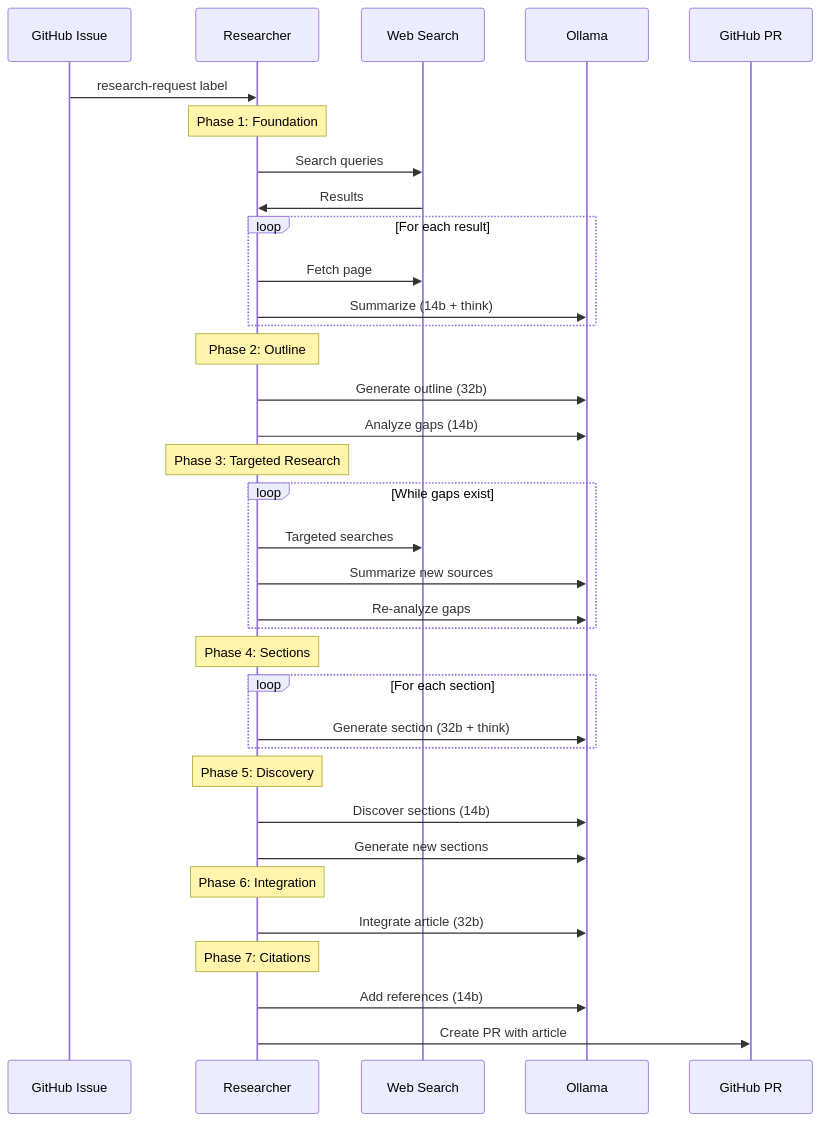
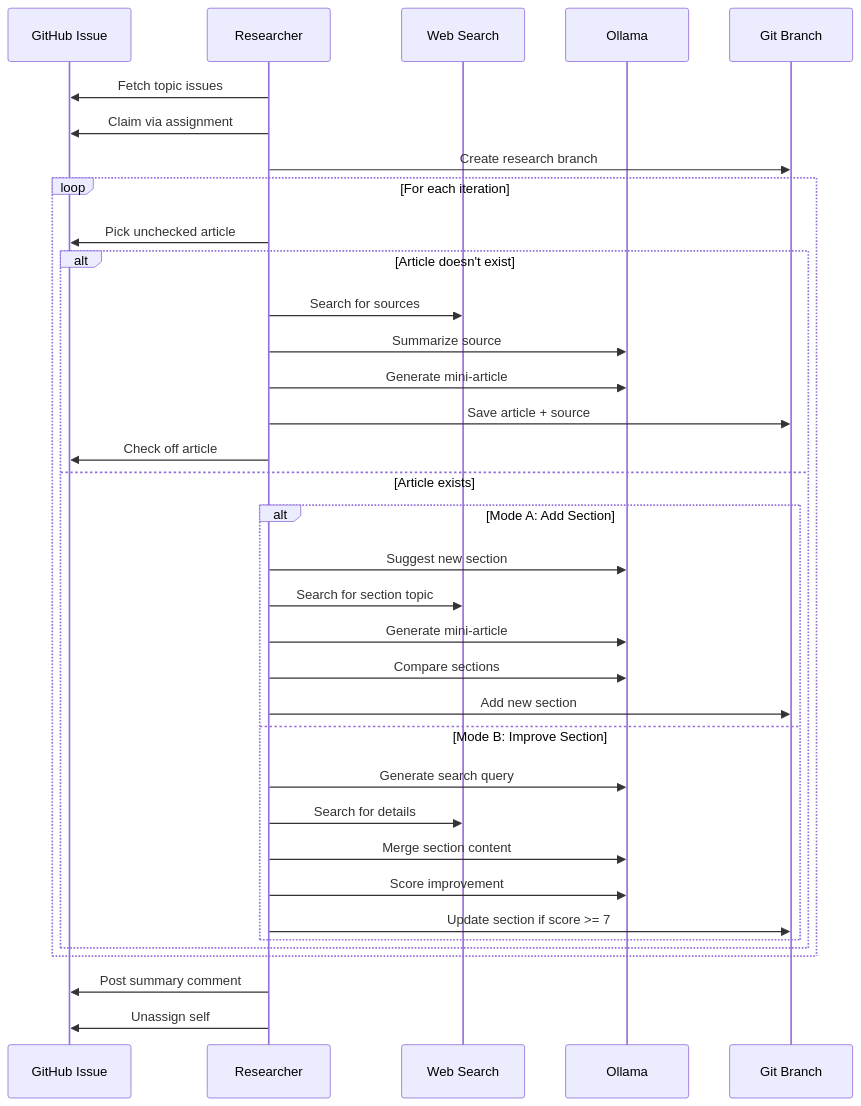
The second of 2 diagrams in README.md (gitopedia/researcher), drawn with Mermaid before and after one commit. The commit also changed other lines of this file and 7 other files, not shown here.

First line of the commit message:
docs: update researcher documentation for iterative improvement architecture

````diff
--- a/README.md
+++ b/README.md
@@ -196,46 +202,41 @@
 ```mermaid
 sequenceDiagram
     participant Issue as GitHub Issue
     participant Agent as Researcher
     participant Web as Web Search
     participant LLM as Ollama
-    participant PR as GitHub PR
+    participant Branch as Git Branch
 
-    Issue->>Agent: research-request label
-    
-    Note over Agent: Phase 1: Foundation
-    Agent->>Web: Search queries
-    Web->>Agent: Results
-    loop For each result
-        Agent->>Web: Fetch page
-        Agent->>LLM: Summarize (14b + think)
+    Agent->>Issue: Fetch topic issues
+    Agent->>Issue: Claim via assignment
+
+    Agent->>Branch: Create research branch
+
+    loop For each iteration
+        Agent->>Issue: Pick unchecked article
+        alt Article doesn't exist
+            Agent->>Web: Search for sources
+            Agent->>LLM: Summarize source
+            Agent->>LLM: Generate mini-article
+            Agent->>Branch: Save article + source
+            Agent->>Issue: Check off article
+        else Article exists
+            alt Mode A: Add Section
+                Agent->>LLM: Suggest new section
+                Agent->>Web: Search for section topic
+                Agent->>LLM: Generate mini-article
+                Agent->>LLM: Compare sections
+                Agent->>Branch: Add new section
+            else Mode B: Improve Section
+                Agent->>LLM: Generate search query
+                Agent->>Web: Search for details
+                Agent->>LLM: Merge section content
+                Agent->>LLM: Score improvement
+                Agent->>Branch: Update section if score >= 7
+            end
+        end
     end
-    
-    Note over Agent: Phase 2: Outline
-    Agent->>LLM: Generate outline (32b)
-    Agent->>LLM: Analyze gaps (14b)
-    
-    Note over Agent: Phase 3: Targeted Research
-    loop While gaps exist
-        Agent->>Web: Targeted searches
-        Agent->>LLM: Summarize new sources
-        Agent->>LLM: Re-analyze gaps
-    end
-    
-    Note over Agent: Phase 4: Sections
-    loop For each section
-        Agent->>LLM: Generate section (32b + think)
-    end
-    
-    Note over Agent: Phase 5: Discovery
-    Agent->>LLM: Discover sections (14b)
-    Agent->>LLM: Generate new sections
-    
-    Note over Agent: Phase 6: Integration
-    Agent->>LLM: Integrate article (32b)
-    
-    Note over Agent: Phase 7: Citations
-    Agent->>LLM: Add references (14b)
-    
-    Agent->>PR: Create PR with article
+
+    Agent->>Issue: Post summary comment
+    Agent->>Issue: Unassign self
 ```
````
